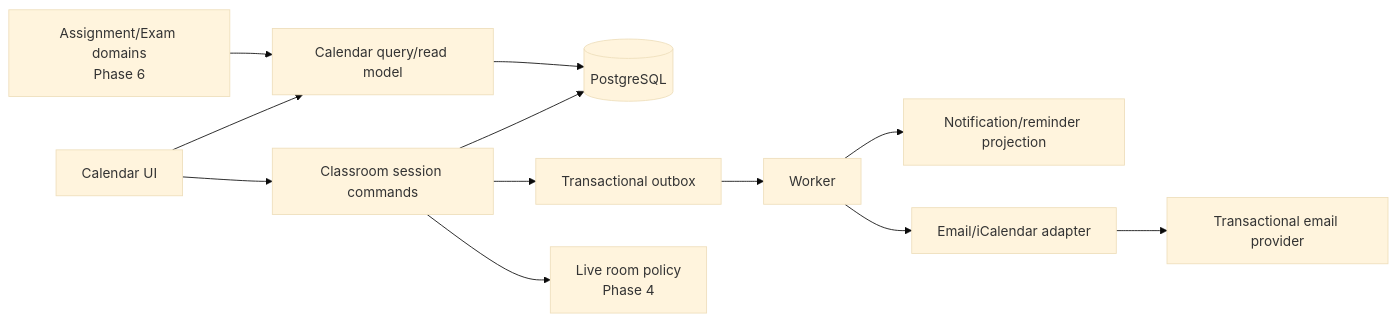
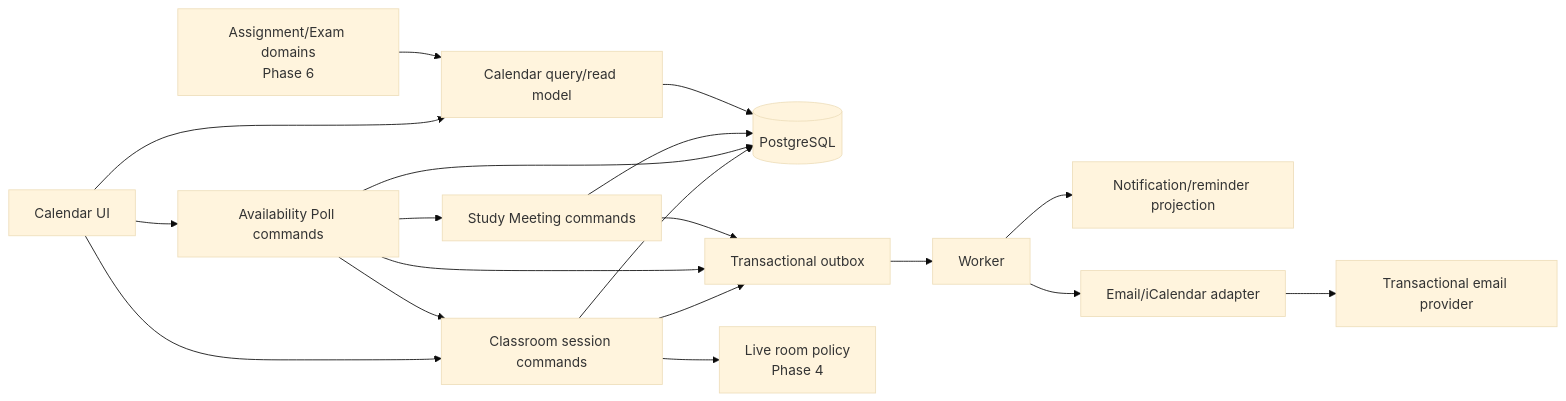
One commit to basangnguyen/TUTORHUB_WEB changed the first of 2 diagrams in docs/CALENDAR_PRODUCT_TECHNICAL_DESIGN.md. Above: the diagram before and after it, drawn with Mermaid (base theme). The commit also changed other lines of this file and 7 other files, not shown here.

````diff
--- a/docs/CALENDAR_PRODUCT_TECHNICAL_DESIGN.md
+++ b/docs/CALENDAR_PRODUCT_TECHNICAL_DESIGN.md
@@ -831,14 +859,21 @@
 ```mermaid
 flowchart LR
     UI["Calendar UI"] --> CQ["Calendar query/read model"]
     UI --> CS["Classroom session commands"]
+    UI --> AP["Availability Poll commands"]
+    AP --> SM["Study Meeting commands"]
+    AP --> CS
     CS --> DB[(PostgreSQL)]
+    AP --> DB
+    SM --> DB
     CQ --> DB
     CS --> OB["Transactional outbox"]
+    AP --> OB
+    SM --> OB
     OB --> WK["Worker"]
     WK --> NF["Notification/reminder projection"]
     WK --> ML["Email/iCalendar adapter"]
     ML --> EP["Transactional email provider"]
     CS --> LK["Live room policy<br/>Phase 4"]
     AS["Assignment/Exam domains<br/>Phase 6"] --> CQ
 ```
````
